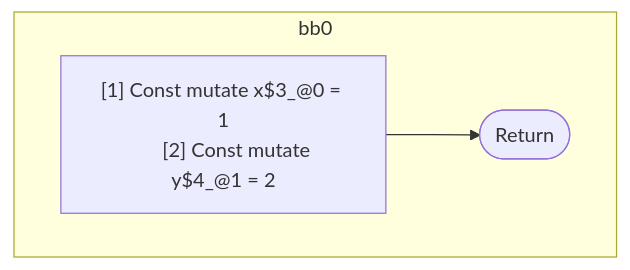
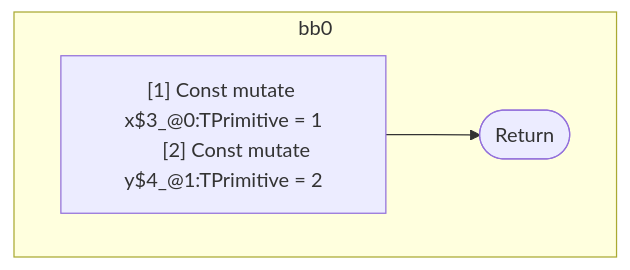
One commit to wutsmog/private changed the diagram in compiler/forget/src/__tests__/fixtures/hir/ssa-simple.expect.md. Above: the diagram before and after it, drawn with Mermaid. The commit also changed other lines of this file and 112 other files, not shown here.

````diff
--- a/compiler/forget/src/__tests__/fixtures/hir/ssa-simple.expect.md
+++ b/compiler/forget/src/__tests__/fixtures/hir/ssa-simple.expect.md
@@ -36,14 +36,14 @@
 ```mermaid
 flowchart TB
   %% Basic Blocks
   subgraph bb0
     bb0_instrs["
-      [1] Const mutate x$3_@0 = 1
-      [2] Const mutate y$4_@1 = 2
+      [1] Const mutate x$3_@0:TPrimitive = 1
+      [2] Const mutate y$4_@1:TPrimitive = 2
     "]
     bb0_instrs --> bb0_terminal(["Return"])
   end
 
   %% Jumps
   %% empty
 ```
````
